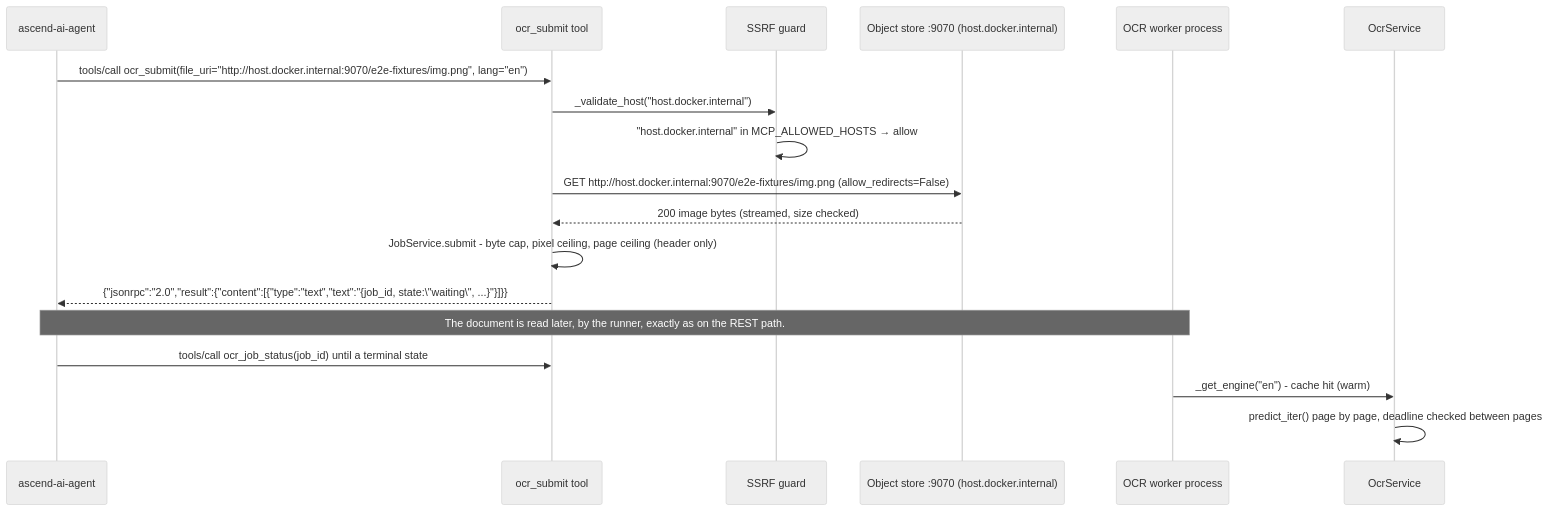
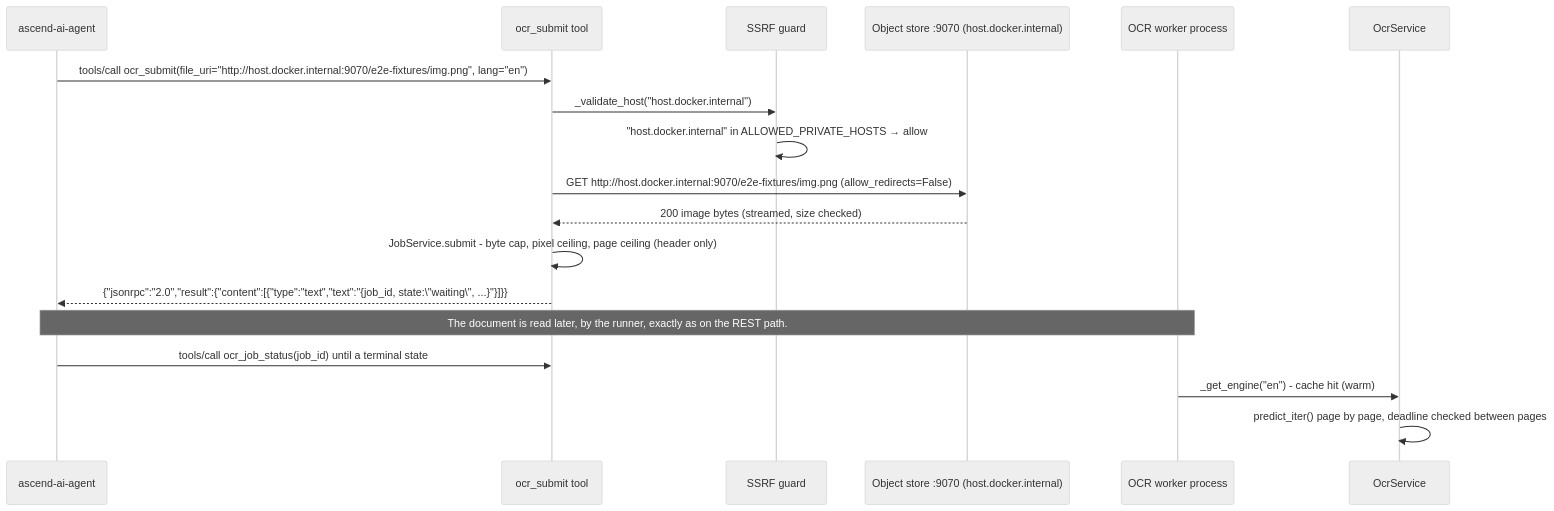
One commit to Lukk17/AscendAI changed the fourth of 4 diagrams in apps/ascend-ocr/docs/architecture/arc42/06-runtime-view.md. Above: the diagram before and after it, drawn with Mermaid (neutral theme). The commit also changed other lines of this file and 28 other files, not shown here.

````diff
--- a/apps/ascend-ocr/docs/architecture/arc42/06-runtime-view.md
+++ b/apps/ascend-ocr/docs/architecture/arc42/06-runtime-view.md
@@ -163,21 +163,21 @@
 ```mermaid
 sequenceDiagram
     participant Agent as ascend-ai-agent
     participant MCP as ocr_submit tool
     participant Guard as SSRF guard
     participant ObjectStore as Object store :9070 (host.docker.internal)
     participant Pool as OCR worker process
     participant OcrSvc as OcrService
 
     Agent->>MCP: tools/call ocr_submit(file_uri="http://host.docker.internal:9070/e2e-fixtures/img.png", lang="en")
     MCP->>Guard: _validate_host("host.docker.internal")
-    Guard->>Guard: "host.docker.internal" in MCP_ALLOWED_HOSTS → allow
+    Guard->>Guard: "host.docker.internal" in ALLOWED_PRIVATE_HOSTS → allow
     MCP->>ObjectStore: GET http://host.docker.internal:9070/e2e-fixtures/img.png (allow_redirects=False)
     ObjectStore-->>MCP: 200 image bytes (streamed, size checked)
     MCP->>MCP: JobService.submit - byte cap, pixel ceiling, page ceiling (header only)
     MCP-->>Agent: {"jsonrpc":"2.0","result":{"content":[{"type":"text","text":"{job_id, state:\"waiting\", ...}"}]}}
     Note over Agent,Pool: The document is read later, by the runner, exactly as on the REST path.
     Agent->>MCP: tools/call ocr_job_status(job_id) until a terminal state
     Pool->>OcrSvc: _get_engine("en") - cache hit (warm)
     OcrSvc->>OcrSvc: predict_iter() page by page, deadline checked between pages
 ```
````
